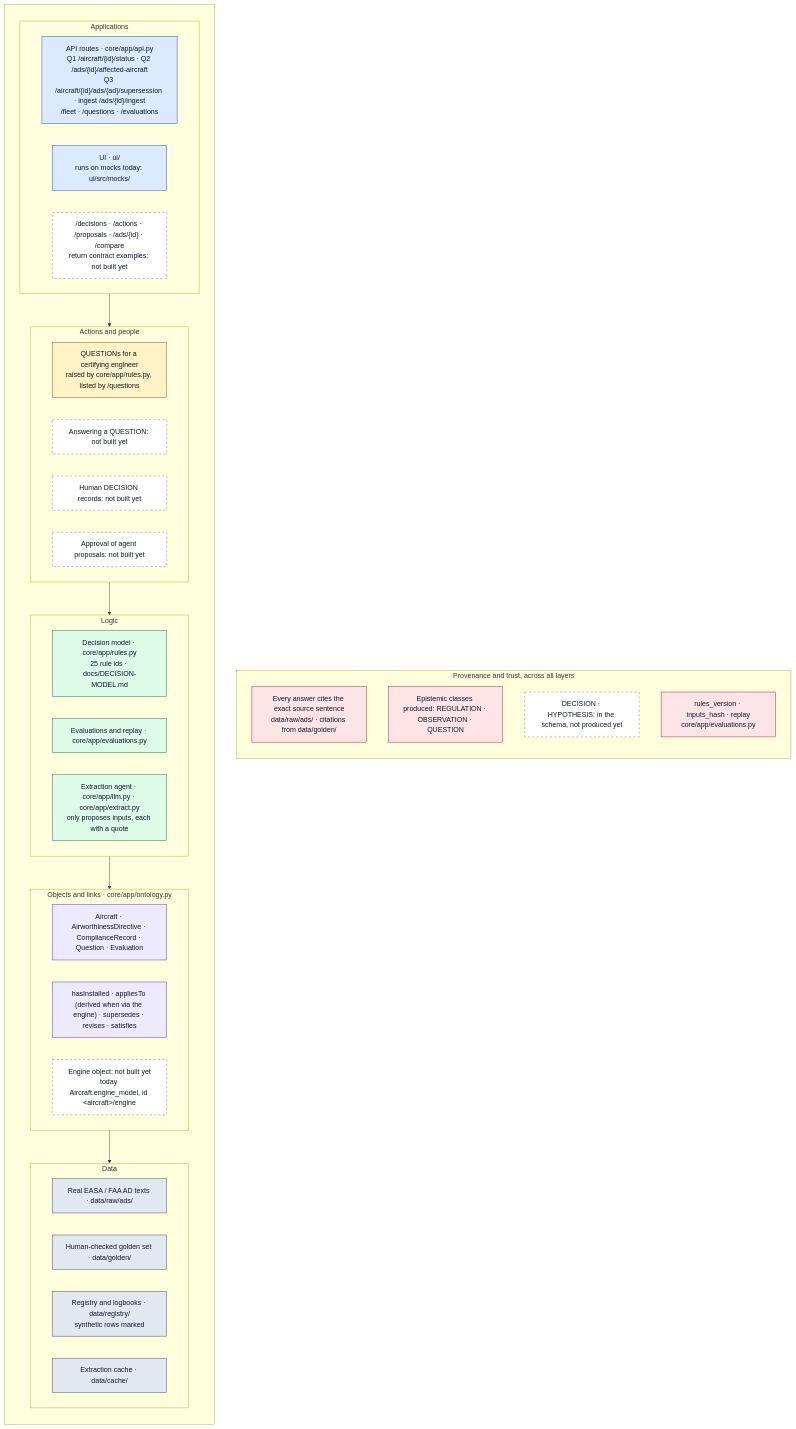
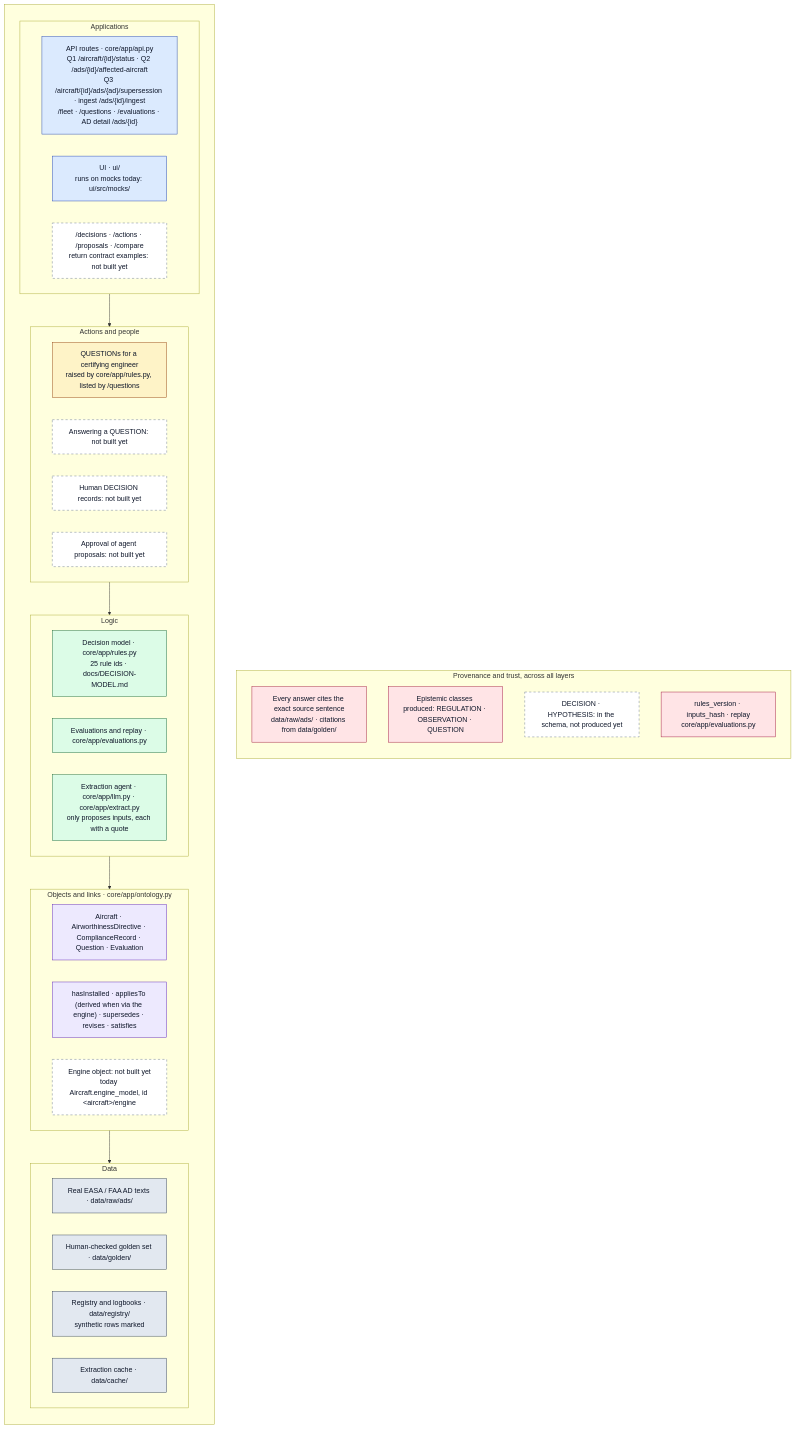
Before and after one commit to niccolopa/ad-brain: the first of 2 diagrams in README.md, drawn with Mermaid. The commit also changed other lines of this file and 5 other files, not shown here.

First line of the commit message:
core: real GET /ads/{id} — metadata, relations, golden applicability/conditions/not-evaluated/credit with citations, extraction block with every miss and who decided

````diff
--- a/README.md
+++ b/README.md
@@ -15,57 +15,57 @@
 ```mermaid
 flowchart LR
   subgraph STACK[" "]
     direction TB
     subgraph APP["Applications"]
-      API["API routes · core/app/api.py<br/>Q1 /aircraft/{id}/status · Q2 /ads/{id}/affected-aircraft<br/>Q3 /aircraft/{id}/ads/{ad}/supersession · ingest /ads/{id}/ingest<br/>/fleet · /questions · /evaluations"]
+      API["API routes · core/app/api.py<br/>Q1 /aircraft/{id}/status · Q2 /ads/{id}/affected-aircraft<br/>Q3 /aircraft/{id}/ads/{ad}/supersession · ingest /ads/{id}/ingest<br/>/fleet · /questions · /evaluations · AD detail /ads/{id}"]
       UI["UI · ui/<br/>runs on mocks today: ui/src/mocks/"]
-      STUB["/decisions · /actions · /proposals · /ads/{id} · /compare<br/>return contract examples: not built yet"]
+      STUB["/decisions · /actions · /proposals · /compare<br/>return contract examples: not built yet"]
     end
     subgraph ACT["Actions and people"]
       QS["QUESTIONs for a certifying engineer<br/>raised by core/app/rules.py, listed by /questions"]
       ANS["Answering a QUESTION: not built yet"]
       DEC["Human DECISION records: not built yet"]
       APR["Approval of agent proposals: not built yet"]
     end
     subgraph LOGIC["Logic"]
       DM["Decision model · core/app/rules.py<br/>25 rule ids · docs/DECISION-MODEL.md"]
       EV["Evaluations and replay · core/app/evaluations.py"]
       AG["Extraction agent · core/app/llm.py · core/app/extract.py<br/>only proposes inputs, each with a quote"]
     end
     subgraph ONT["Objects and links · core/app/ontology.py"]
       OBJ["Aircraft · AirworthinessDirective · ComplianceRecord · Question · Evaluation"]
       LNK["hasInstalled · appliesTo (derived when via the engine) · supersedes · revises · satisfies"]
       ENG["Engine object: not built yet<br/>today Aircraft.engine_model, id &lt;aircraft&gt;/engine"]
     end
     subgraph DATA["Data"]
       D1["Real EASA / FAA AD texts · data/raw/ads/"]
       D2["Human-checked golden set · data/golden/"]
       D3["Registry and logbooks · data/registry/<br/>synthetic rows marked"]
       D4["Extraction cache · data/cache/"]
     end
     APP --> ACT --> LOGIC --> ONT --> DATA
   end
   subgraph TRUST["Provenance and trust, across all layers"]
     direction TB
     T1["Every answer cites the exact source sentence<br/>data/raw/ads/ · citations from data/golden/"]
     T2["Epistemic classes produced: REGULATION · OBSERVATION · QUESTION"]
     T3["DECISION · HYPOTHESIS: in the schema, not produced yet"]
     T4["rules_version · inputs_hash · replay<br/>core/app/evaluations.py"]
   end
   STACK ~~~ TRUST
 
   classDef app fill:#dbeafe,stroke:#1e40af,color:#0f172a
   classDef act fill:#fef3c7,stroke:#92400e,color:#0f172a
   classDef logic fill:#dcfce7,stroke:#166534,color:#0f172a
   classDef ont fill:#ede9fe,stroke:#5b21b6,color:#0f172a
   classDef data fill:#e2e8f0,stroke:#334155,color:#0f172a
   classDef trust fill:#ffe4e6,stroke:#9f1239,color:#0f172a
   classDef todo fill:#ffffff,stroke:#64748b,stroke-dasharray:5 5,color:#0f172a
   class API,UI app
   class QS act
   class DM,EV,AG logic
   class OBJ,LNK ont
   class D1,D2,D3,D4 data
   class T1,T2,T4 trust
   class STUB,ANS,DEC,APR,ENG,T3 todo
 ```
````
